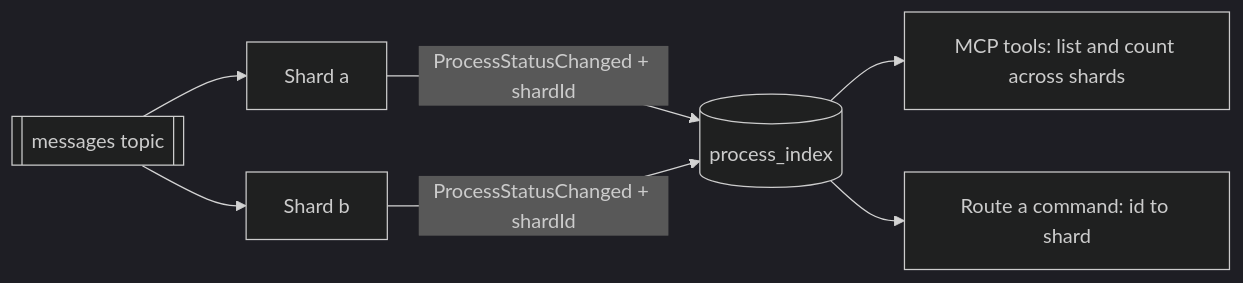
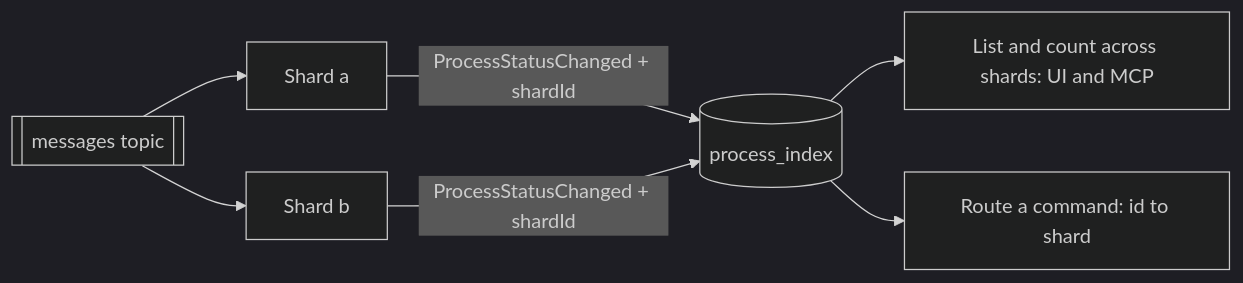
The second of 2 diagrams in doc/src/content/docs/guides/sharding.md (miguelperezcolom/eventconductor), drawn with Mermaid (dark theme) before and after one commit. The commit also changed other lines of this file and 27 other files, not shown here.

````diff
--- a/doc/src/content/docs/guides/sharding.md
+++ b/doc/src/content/docs/guides/sharding.md
@@ -42,9 +42,9 @@
 ```mermaid
 flowchart LR
   M[[messages topic]] --> A[Shard a]
   M --> B[Shard b]
   A -->|ProcessStatusChanged + shardId| I[(process_index)]
   B -->|ProcessStatusChanged + shardId| I
-  I --> Q[MCP tools: list and count across shards]
+  I --> Q[List and count across shards: UI and MCP]
   I --> K[Route a command: id to shard]
 ```
````
